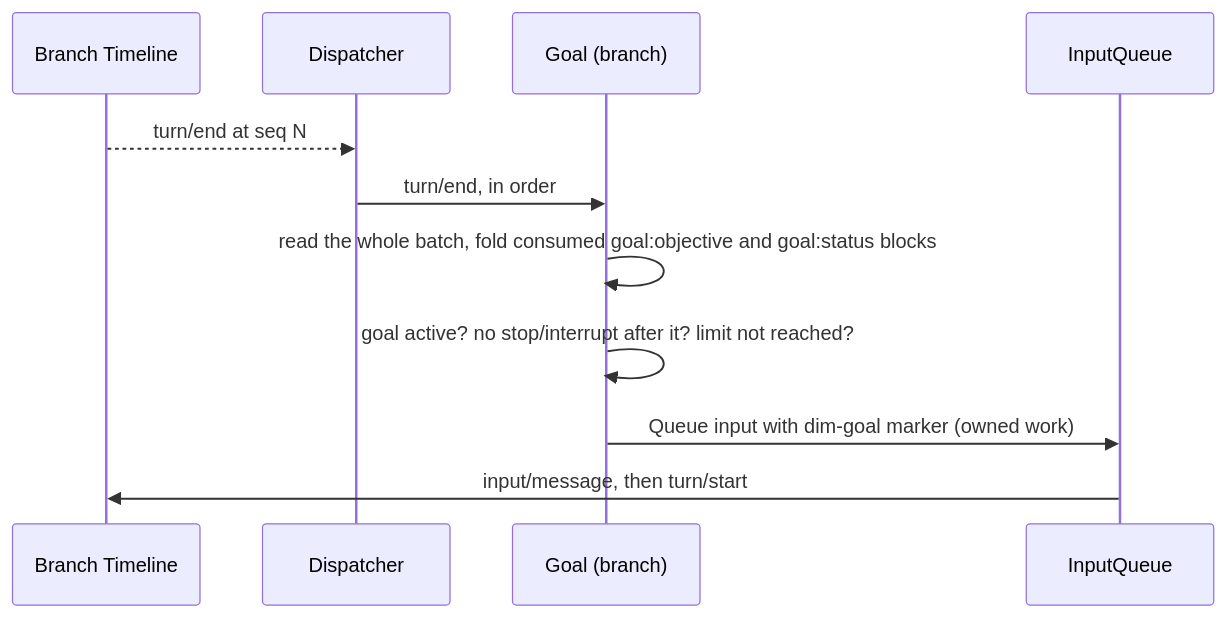
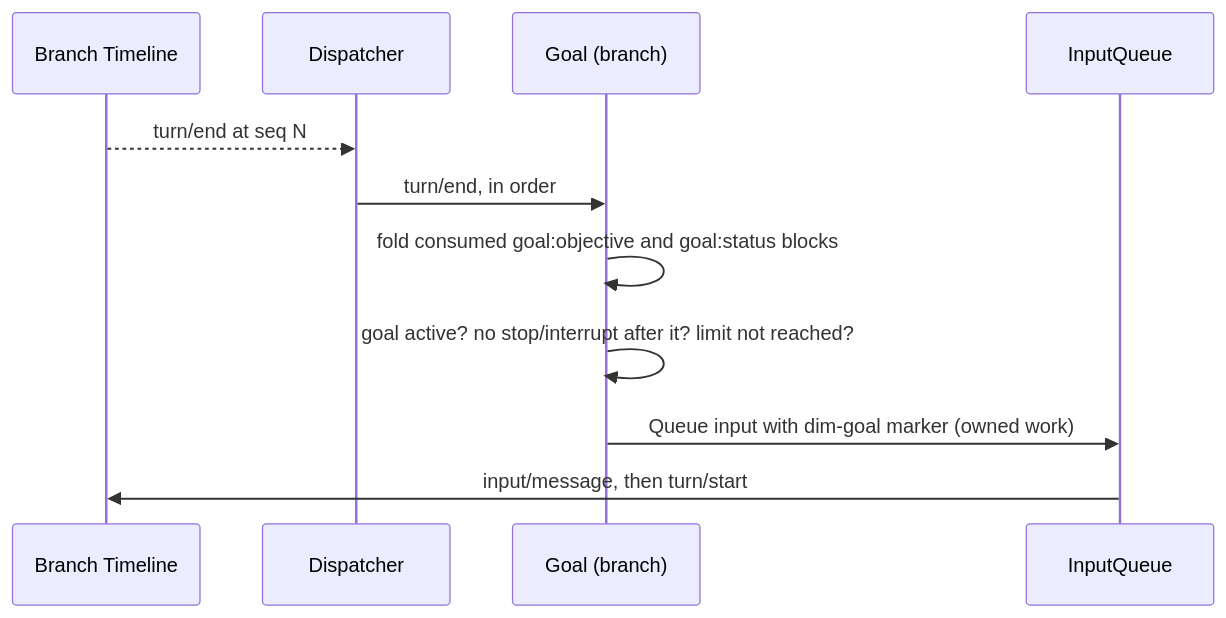
The fourth of 8 diagrams in docs/design/overview.md (CoutinhoTTS/dim-agent), drawn with Mermaid before and after one commit. The commit also changed other lines of this file and 9 other files, not shown here.

````diff
--- a/docs/design/overview.md
+++ b/docs/design/overview.md
@@ -216,13 +216,13 @@
 ```mermaid
 sequenceDiagram
   participant TL as Branch Timeline
   participant D as Dispatcher
   participant G as Goal (branch)
   participant IQ as InputQueue
   TL-->>D: turn/end at seq N
   D->>G: turn/end, in order
-  G->>G: read the whole batch, fold consumed goal:objective and goal:status blocks
+  G->>G: fold consumed goal:objective and goal:status blocks
   G->>G: goal active? no stop/interrupt after it? limit not reached?
   G->>IQ: Queue input with dim-goal marker (owned work)
   IQ->>TL: input/message, then turn/start
 ```
````
